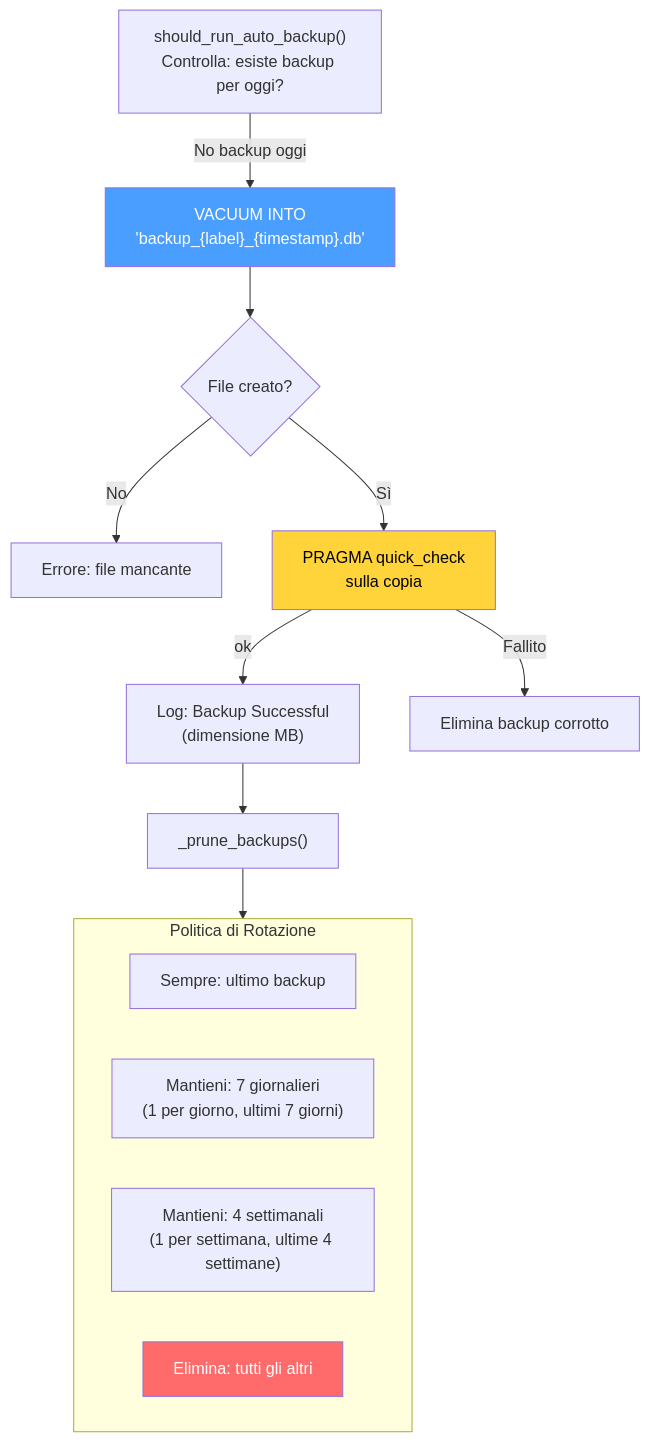
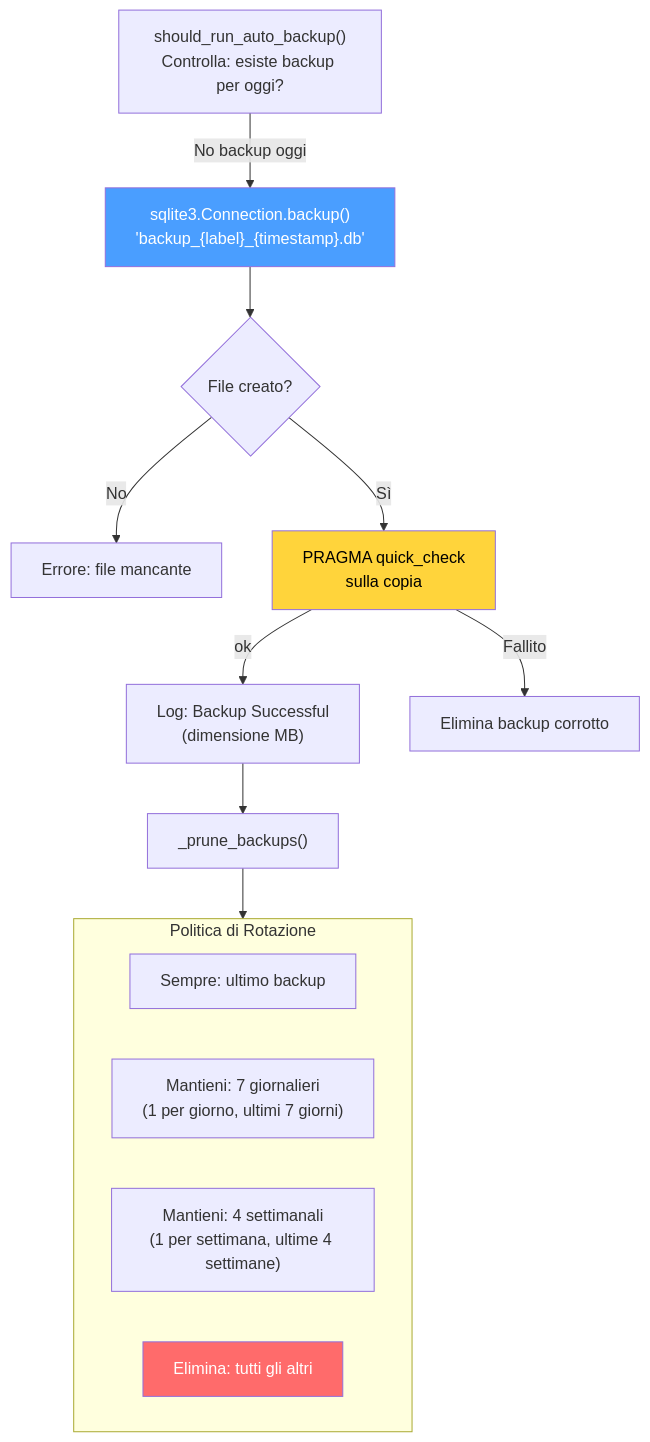
One commit to renanaugustomacena-ux/Counter-Strike-coach-AI changed diagram 40 of 48 in docs/books/Book-Coach-2.md. Above: the diagram before and after it, drawn with Mermaid. The commit also changed other lines of this file and 29 other files, not shown here.

````diff
--- a/docs/books/Book-Coach-2.md
+++ b/docs/books/Book-Coach-2.md
@@ -2037,22 +2099,22 @@
 ```mermaid
 flowchart TB
     TRIGGER["should_run_auto_backup()<br/>Controlla: esiste backup per oggi?"]
-    TRIGGER -->|"No backup oggi"| VACUUM["VACUUM INTO<br/>'backup_{label}_{timestamp}.db'"]
-    VACUUM --> EXISTS{"File creato?"}
+    TRIGGER -->|"No backup oggi"| BACKUP["sqlite3.Connection.backup()<br/>'backup_{label}_{timestamp}.db'"]
+    BACKUP --> EXISTS{"File creato?"}
     EXISTS -->|"No"| FAIL["Errore: file mancante"]
     EXISTS -->|"Sì"| INTEG["PRAGMA quick_check<br/>sulla copia"]
     INTEG -->|"ok"| LOG["Log: Backup Successful<br/>(dimensione MB)"]
     INTEG -->|"Fallito"| DEL["Elimina backup corrotto"]
     LOG --> PRUNE["_prune_backups()"]
     subgraph RETENTION["Politica di Rotazione"]
         KEEP1["Sempre: ultimo backup"]
         KEEP2["Mantieni: 7 giornalieri<br/>(1 per giorno, ultimi 7 giorni)"]
         KEEP3["Mantieni: 4 settimanali<br/>(1 per settimana, ultime 4 settimane)"]
         PRUNE_OLD["Elimina: tutti gli altri"]
     end
     PRUNE --> RETENTION
 
-    style VACUUM fill:#4a9eff,color:#fff
+    style BACKUP fill:#4a9eff,color:#fff
     style INTEG fill:#ffd43b,color:#000
     style PRUNE_OLD fill:#ff6b6b,color:#fff
 ```
````
